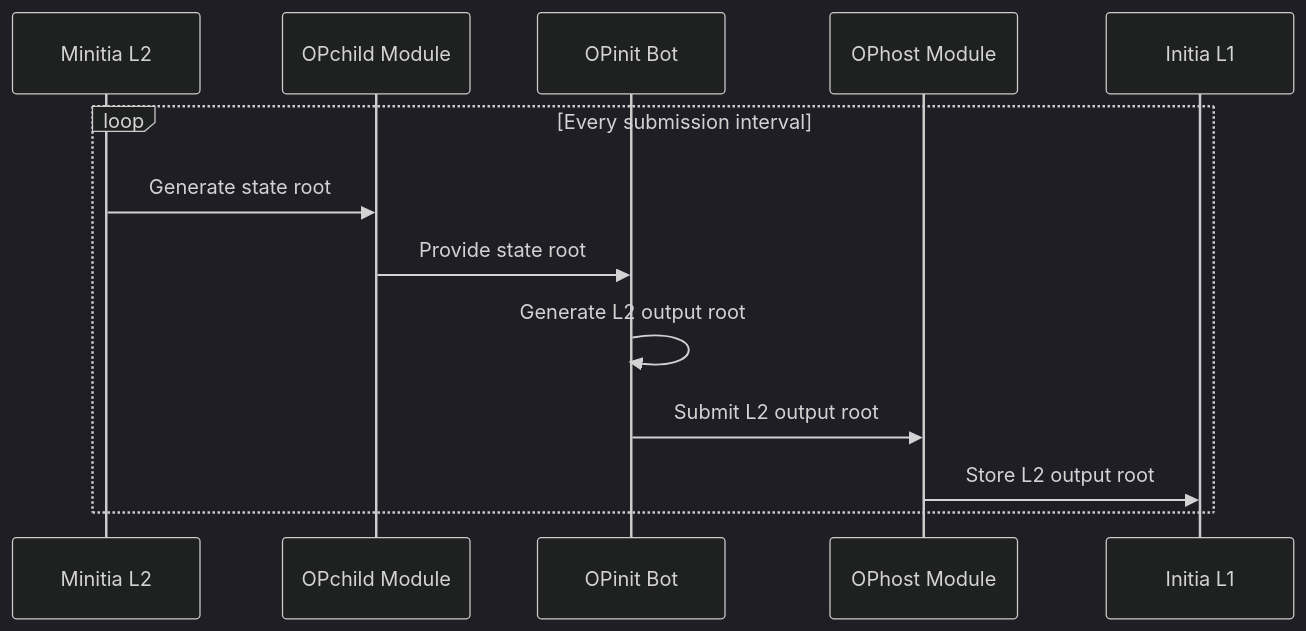
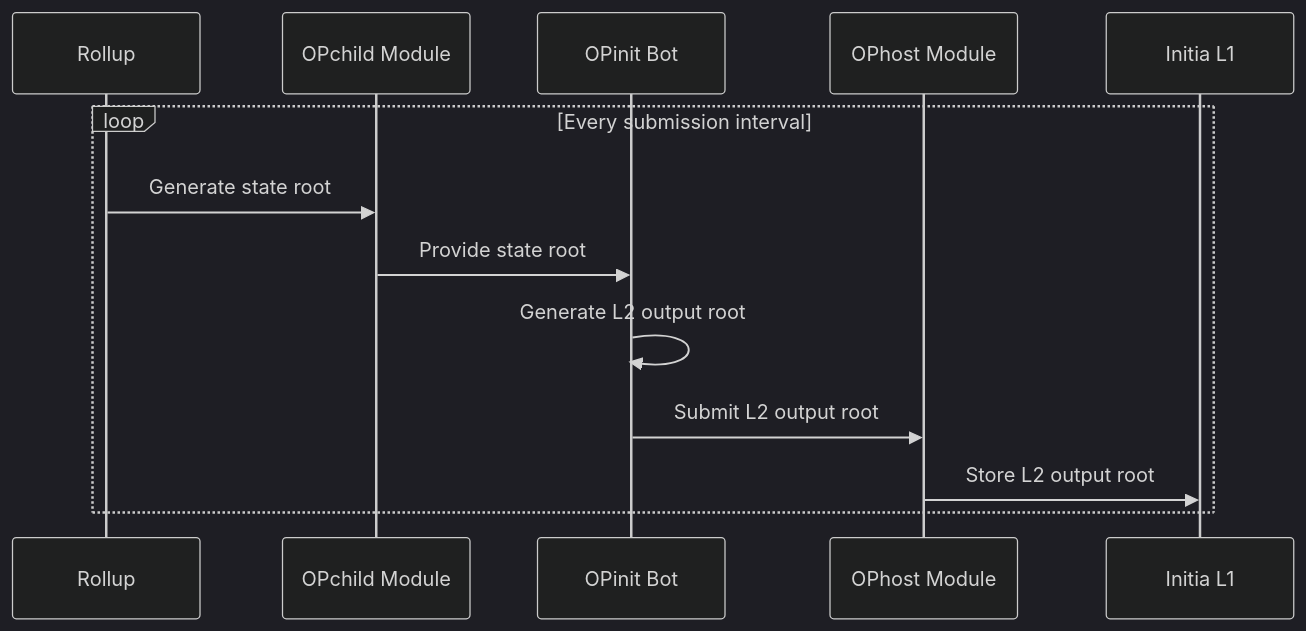
The diagram in home/technical-architecture/opinit-framework/action-flows/output-submission.mdx (initia-labs/docs), drawn with Mermaid (dark theme) before and after one commit. The commit also changed 72 other files, not shown here.

````diff
--- a/home/technical-architecture/opinit-framework/action-flows/output-submission.mdx
+++ b/home/technical-architecture/opinit-framework/action-flows/output-submission.mdx
@@ -5,16 +5,16 @@
 ```mermaid
 sequenceDiagram
-    participant ML2 as Minitia L2
+    participant R as Rollup
     participant OPC as OPchild Module
     participant OPB as OPinit Bot
     participant OPH as OPhost Module
     participant IL1 as Initia L1
 
     loop Every submission interval
-        ML2->>OPC: Generate state root
+        R->>OPC: Generate state root
         OPC->>OPB: Provide state root
         OPB->>OPB: Generate L2 output root
         OPB->>OPH: Submit L2 output root
         OPH->>IL1: Store L2 output root
     end
 ```
````
